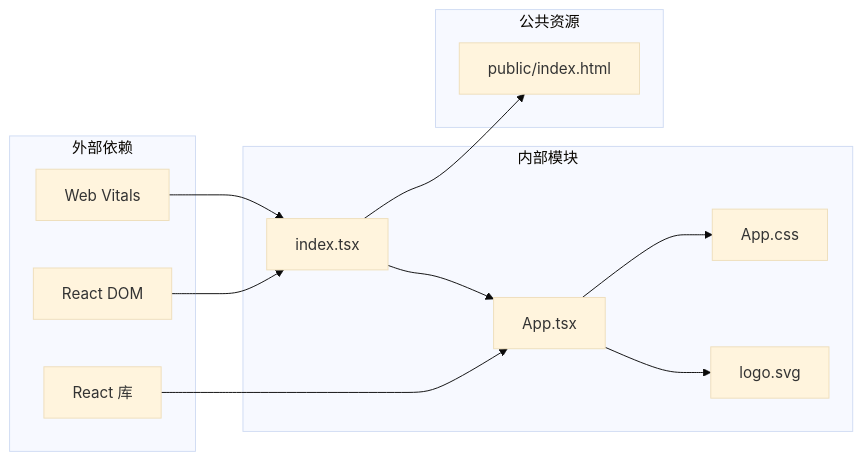
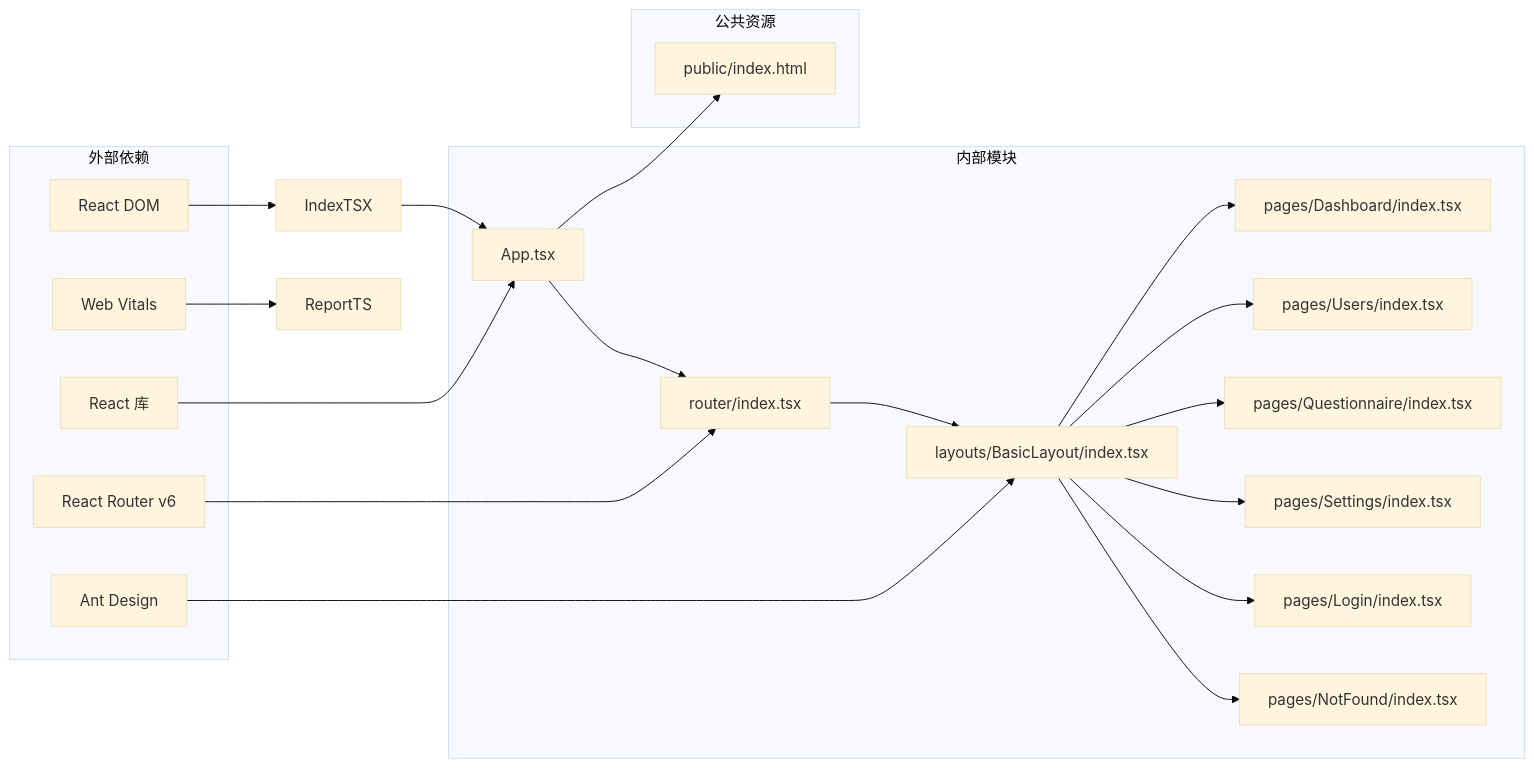
Before and after one commit to kkxxll/reactNext: the fourth of 9 diagrams in .qoder/repowiki/zh/content/核心组件/App 组件.md, drawn with Mermaid (base theme). The commit also changed other lines of this file and 12 other files, not shown here.

````diff
--- a/.qoder/repowiki/zh/content/核心组件/App 组件.md
+++ b/.qoder/repowiki/zh/content/核心组件/App 组件.md
@@ -156,24 +205,39 @@
 ```mermaid
 graph LR
 subgraph "外部依赖"
 React[React 库]
 ReactDOM[React DOM]
+ReactRouter[React Router v6]
+AntDesign[Ant Design]
 WebVitals[Web Vitals]
 end
 subgraph "内部模块"
 AppTSX[App.tsx]
-AppCSS[App.css]
-LogoSVG[logo.svg]
-IndexTSX[index.tsx]
+RouterTSX[router/index.tsx]
+BasicLayout[layouts/BasicLayout/index.tsx]
+Dashboard[pages/Dashboard/index.tsx]
+Users[pages/Users/index.tsx]
+Questionnaire[pages/Questionnaire/index.tsx]
+Settings[pages/Settings/index.tsx]
+Login[pages/Login/index.tsx]
+NotFound[pages/NotFound/index.tsx]
 end
 subgraph "公共资源"
 PublicHTML[public/index.html]
 end
 React --> AppTSX
 ReactDOM --> IndexTSX
-WebVitals --> IndexTSX
-AppTSX --> AppCSS
-AppTSX --> LogoSVG
+ReactRouter --> RouterTSX
+AntDesign --> BasicLayout
+WebVitals --> ReportTS
+AppTSX --> RouterTSX
+RouterTSX --> BasicLayout
+BasicLayout --> Dashboard
+BasicLayout --> Users
+BasicLayout --> Questionnaire
+BasicLayout --> Settings
+BasicLayout --> Login
+BasicLayout --> NotFound
 IndexTSX --> AppTSX
-IndexTSX --> PublicHTML
+AppTSX --> PublicHTML
 ```
````
